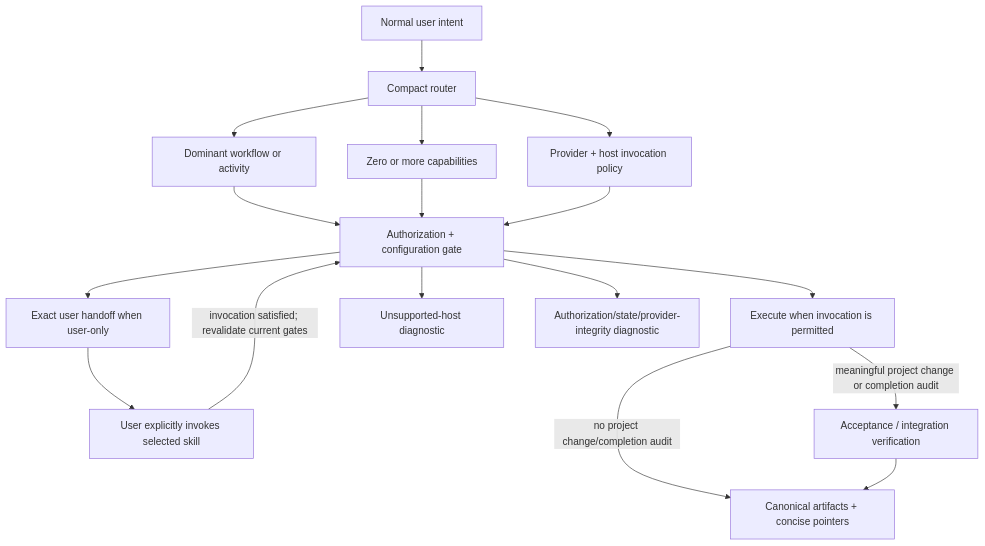
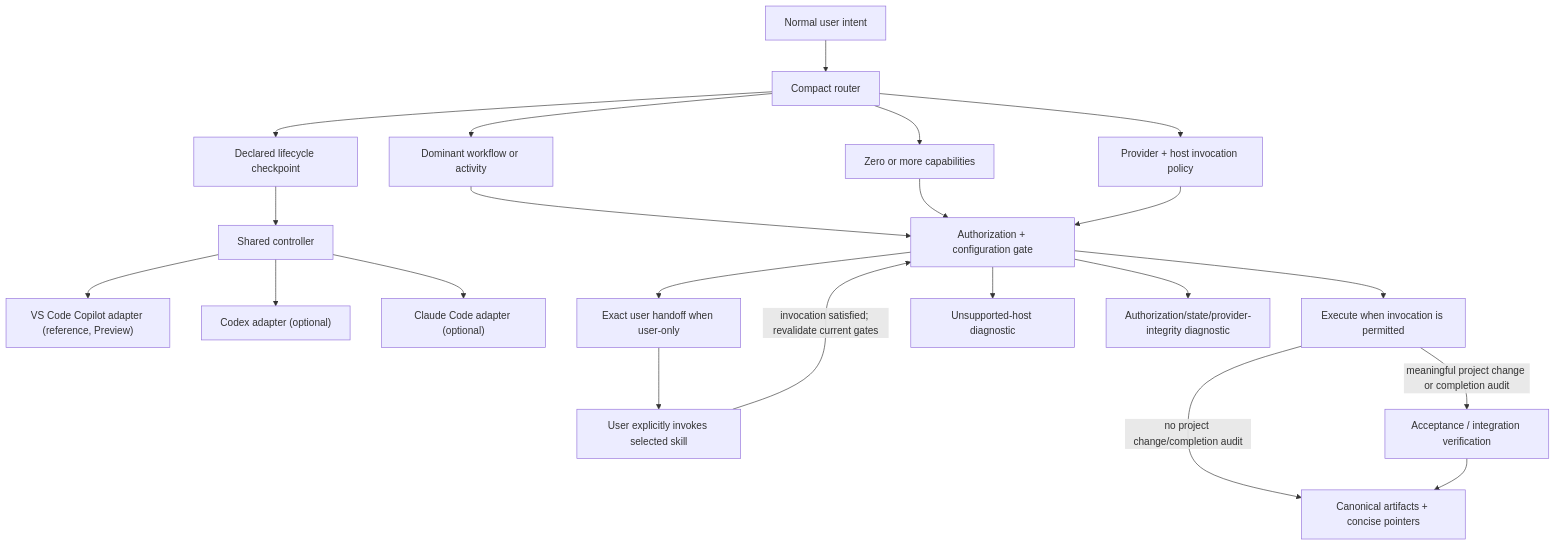
One commit to jimmfan/agentic-workflow changed the diagram in docs/architecture.md. Above: the diagram before and after it, drawn with Mermaid. The commit also changed other lines of this file and 23 other files, not shown here.

````diff
--- a/docs/architecture.md
+++ b/docs/architecture.md
@@ -20,19 +25,24 @@
 ```mermaid
 flowchart TD
     request["Normal user intent"] --> router["Compact router"]
+    router --> checkpoint["Declared lifecycle checkpoint"]
+    checkpoint --> controller["Shared controller"]
+    controller --> vscode["VS Code Copilot adapter (reference, Preview)"]
+    controller --> codex["Codex adapter (optional)"]
+    controller --> claude["Claude Code adapter (optional)"]
     router --> dominant["Dominant workflow or activity"]
     router --> capabilities["Zero or more capabilities"]
     router --> policy["Provider + host invocation policy"]
     dominant --> gate["Authorization + configuration gate"]
     capabilities --> gate
     policy --> gate
     gate --> execute["Execute when invocation is permitted"]
     gate --> handoff["Exact user handoff when user-only"]
     gate --> unavailable["Unsupported-host diagnostic"]
     gate --> blocked["Authorization/state/provider-integrity diagnostic"]
     handoff --> explicit["User explicitly invokes selected skill"]
     explicit -->|"invocation satisfied; revalidate current gates"| gate
     execute -->|"no project change/completion audit"| outcome
     execute -->|"meaningful project change or completion audit"| verification["Acceptance / integration verification"]
     verification --> outcome["Canonical artifacts + concise pointers"]
 ```
````
